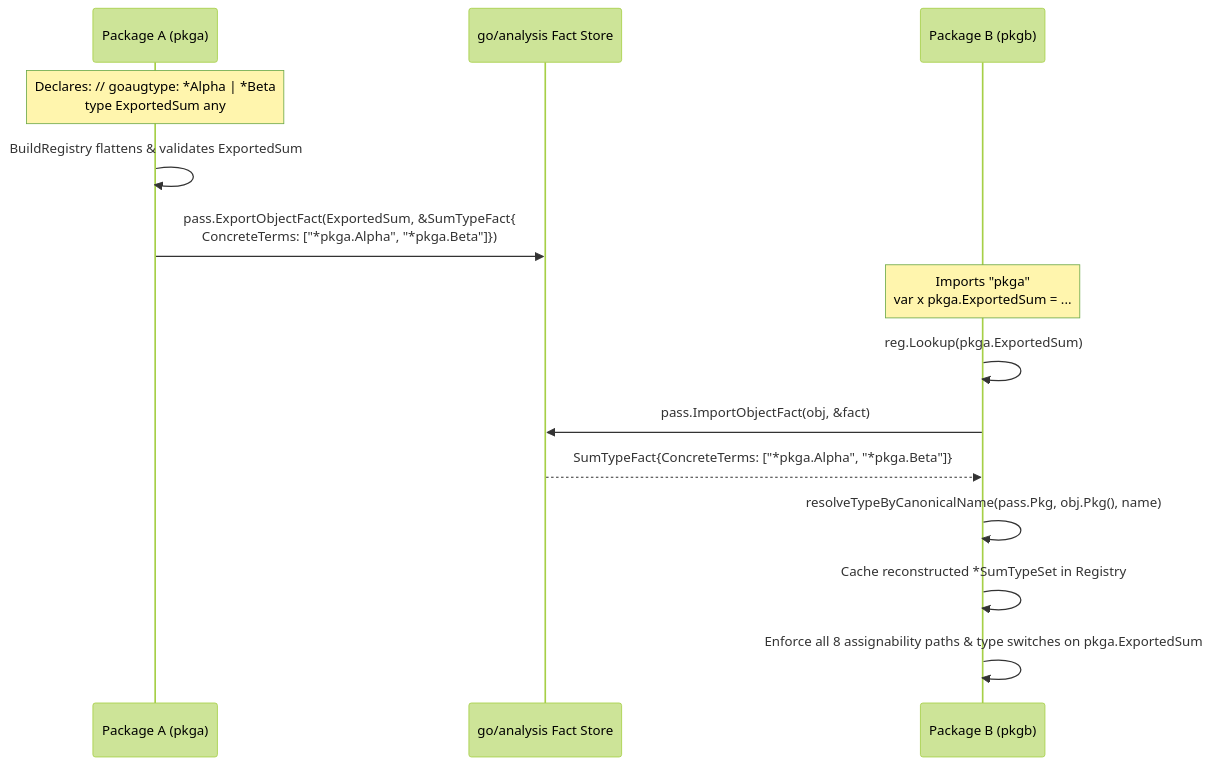
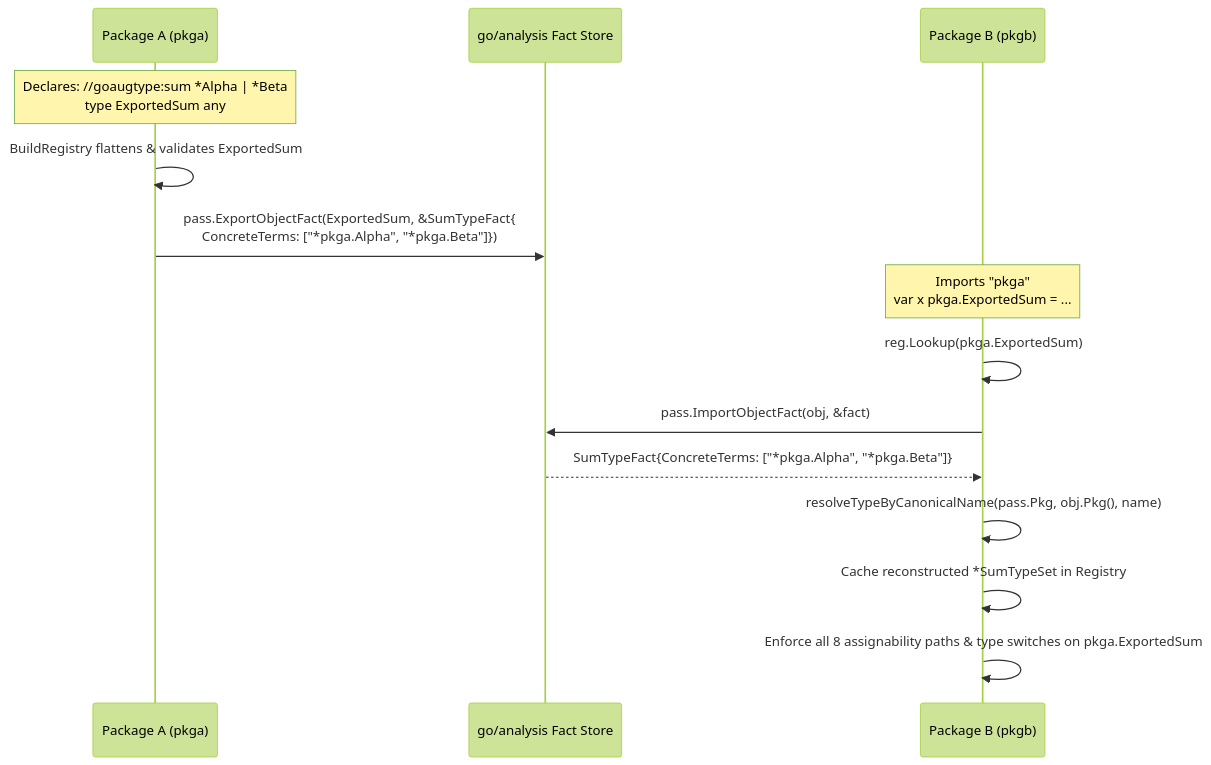
The sixth of 7 diagrams in docs/ARCHITECTURE.md (routis819/goaugtype), drawn with Mermaid (forest theme) before and after one commit. The commit also changed other lines of this file and 19 other files, not shown here.

Commit message:
feat!: unify CLI binary to cmd/goaugtype and adopt //goaugtype:sum directive (#17)

````diff
--- a/docs/ARCHITECTURE.md
+++ b/docs/ARCHITECTURE.md
@@ -250,18 +250,18 @@
 ```mermaid
 sequenceDiagram
     participant PkgA as Package A (pkga)
     participant Framework as go/analysis Fact Store
     participant PkgB as Package B (pkgb)
 
-    Note over PkgA: Declares: // goaugtype: *Alpha | *Beta<br/>type ExportedSum any
+    Note over PkgA: Declares: //goaugtype:sum *Alpha | *Beta<br/>type ExportedSum any
     PkgA->>PkgA: BuildRegistry flattens & validates ExportedSum
     PkgA->>Framework: pass.ExportObjectFact(ExportedSum, &SumTypeFact{<br/>ConcreteTerms: ["*pkga.Alpha", "*pkga.Beta"]})
 
     Note over PkgB: Imports "pkga"<br/>var x pkga.ExportedSum = ...
     PkgB->>PkgB: reg.Lookup(pkga.ExportedSum)
     PkgB->>Framework: pass.ImportObjectFact(obj, &fact)
     Framework-->>PkgB: SumTypeFact{ConcreteTerms: ["*pkga.Alpha", "*pkga.Beta"]}
     PkgB->>PkgB: resolveTypeByCanonicalName(pass.Pkg, obj.Pkg(), name)
     PkgB->>PkgB: Cache reconstructed *SumTypeSet in Registry
     PkgB->>PkgB: Enforce all 8 assignability paths & type switches on pkga.ExportedSum
 ```
````
